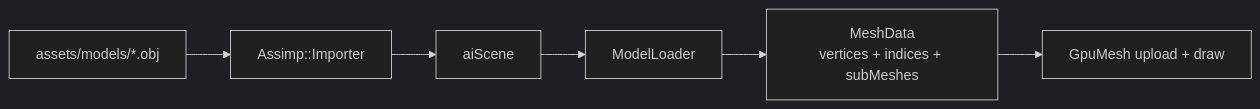
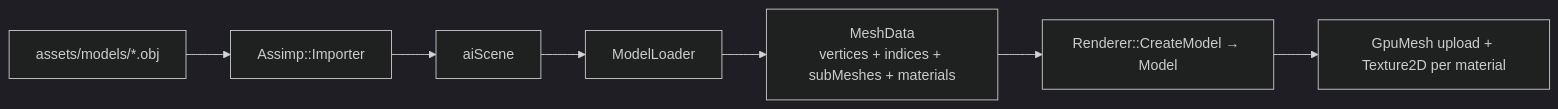
The fifth of 5 diagrams in docs/ARCHITECTURE.md (RomanovV/SummerEngine), drawn with Mermaid (dark theme) before and after one commit. The commit also changed other lines of this file, not shown here.

Commit message:
Updating ARCHITECTURE.md with current diagrams and future steps

````diff
--- a/docs/ARCHITECTURE.md
+++ b/docs/ARCHITECTURE.md
@@ -300,8 +344,9 @@
 ```mermaid
 flowchart LR
     File["assets/models/*.obj"] --> Assimp["Assimp::Importer"]
-    Assimp --> Scene["aiScene"]
-    Scene --> Loader["ModelLoader"]
-    Loader --> MeshData["MeshData<br/>vertices + indices + subMeshes"]
-    MeshData --> Future["GpuMesh upload + draw"]
+    Assimp --> AiScene["aiScene"]
+    AiScene --> Loader["ModelLoader"]
+    Loader --> MeshData["MeshData<br/>vertices + indices + subMeshes + materials"]
+    MeshData --> Model["Renderer::CreateModel → Model"]
+    Model --> GPU["GpuMesh upload + Texture2D per material"]
 ```
````
